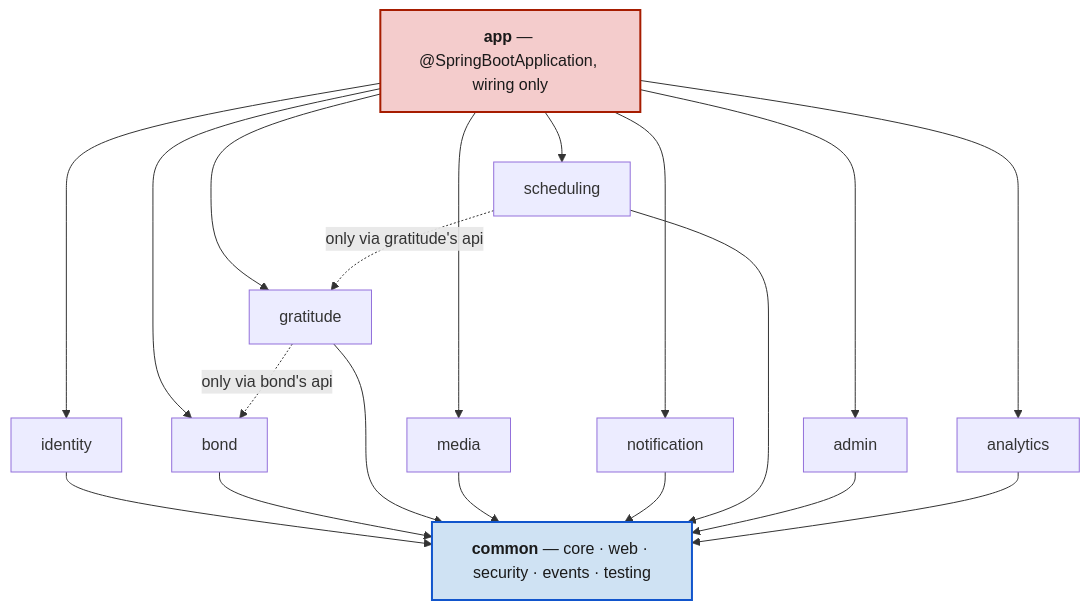
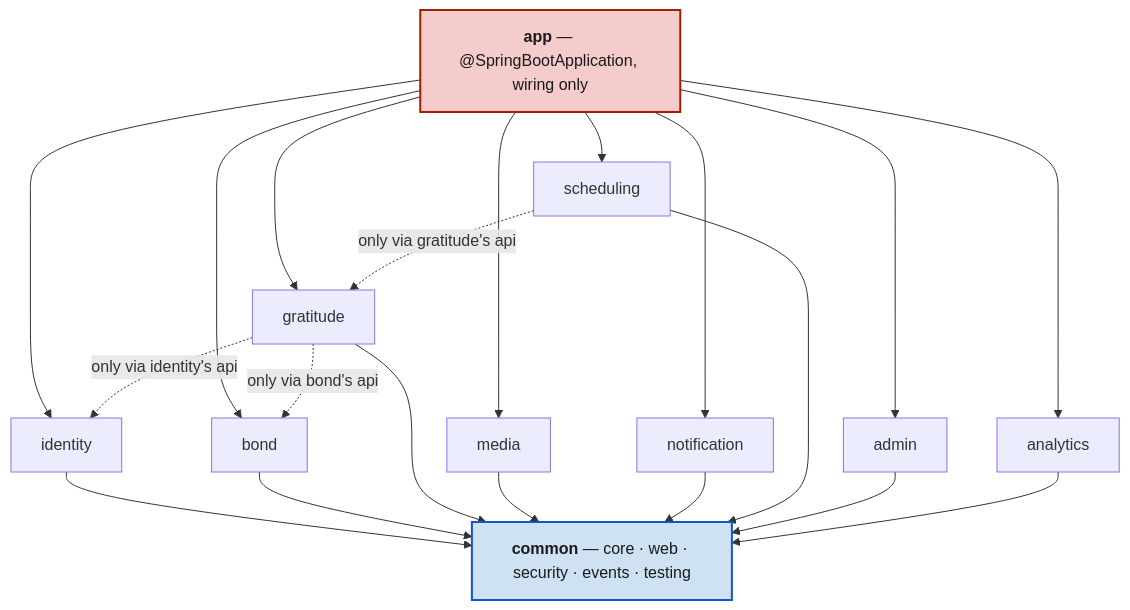
Before and after one commit to Ayodeji97/moyi-backend: the first of 2 diagrams in README.md, drawn with Mermaid. The commit also changed other lines of this file and 57 other files, not shown here.

````diff
--- a/README.md
+++ b/README.md
@@ -182,29 +182,30 @@
 ```mermaid
 flowchart TD
     app["<b>app</b> — @SpringBootApplication, wiring only"]
 
     identity["identity"]
     bond["bond"]
     gratitude["gratitude"]
     media["media"]
     notification["notification"]
     scheduling["scheduling"]
     admin["admin"]
     analytics["analytics"]
 
     common["<b>common</b> — core · web · security · events · testing"]
 
     app --> identity & bond & gratitude & media
     app --> notification & scheduling & admin & analytics
 
     identity & bond & gratitude & media --> common
     notification & scheduling & admin & analytics --> common
 
     gratitude -. "only via bond's api" .-> bond
+    gratitude -. "only via identity's api" .-> identity
     scheduling -. "only via gratitude's api" .-> gratitude
 
     classDef wiring fill:#f4cccc,stroke:#a61c00,stroke-width:2px,color:#1a1a1a
     classDef shared fill:#cfe2f3,stroke:#1155cc,stroke-width:2px,color:#1a1a1a
     class app wiring
     class common shared
 ```
````
